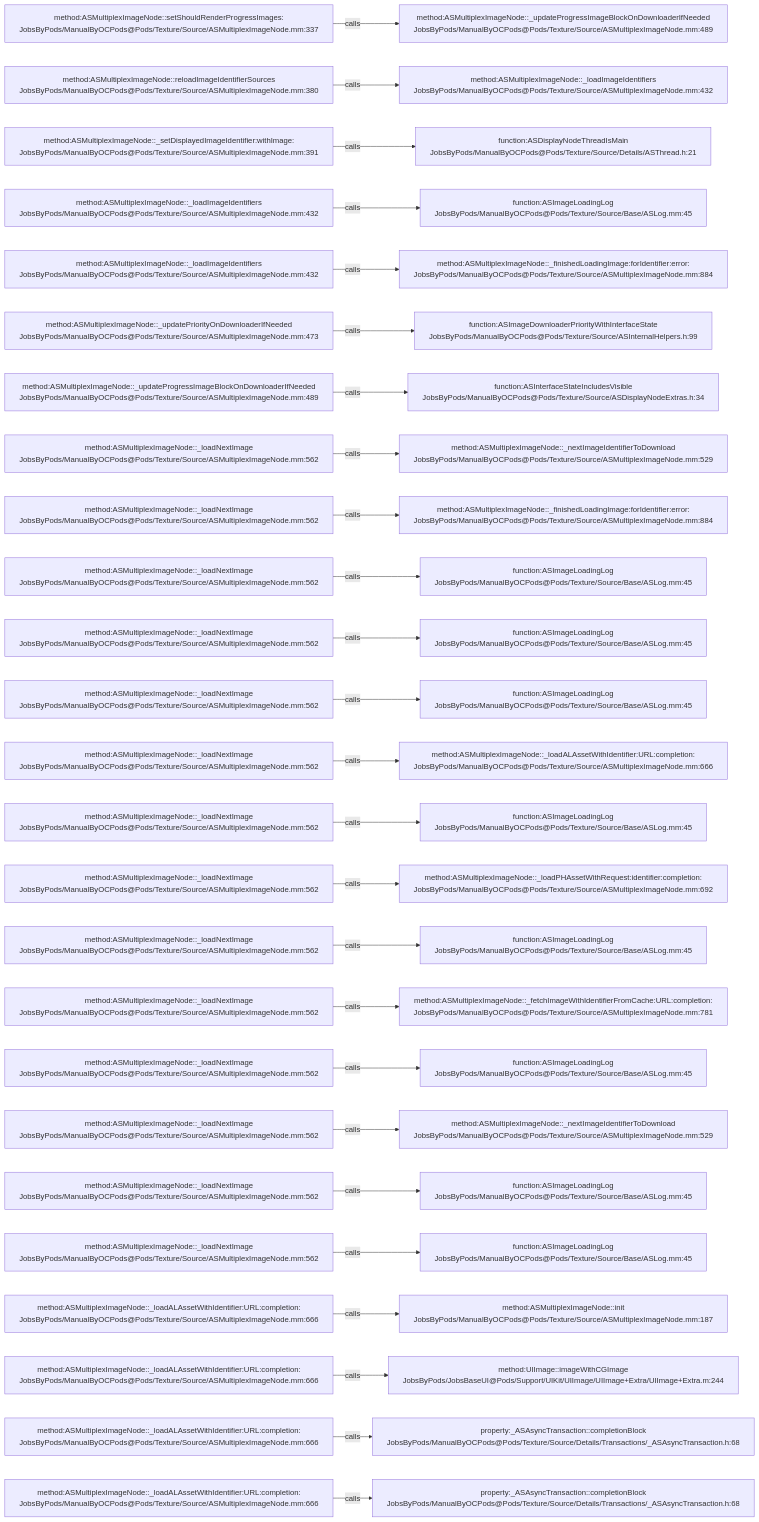
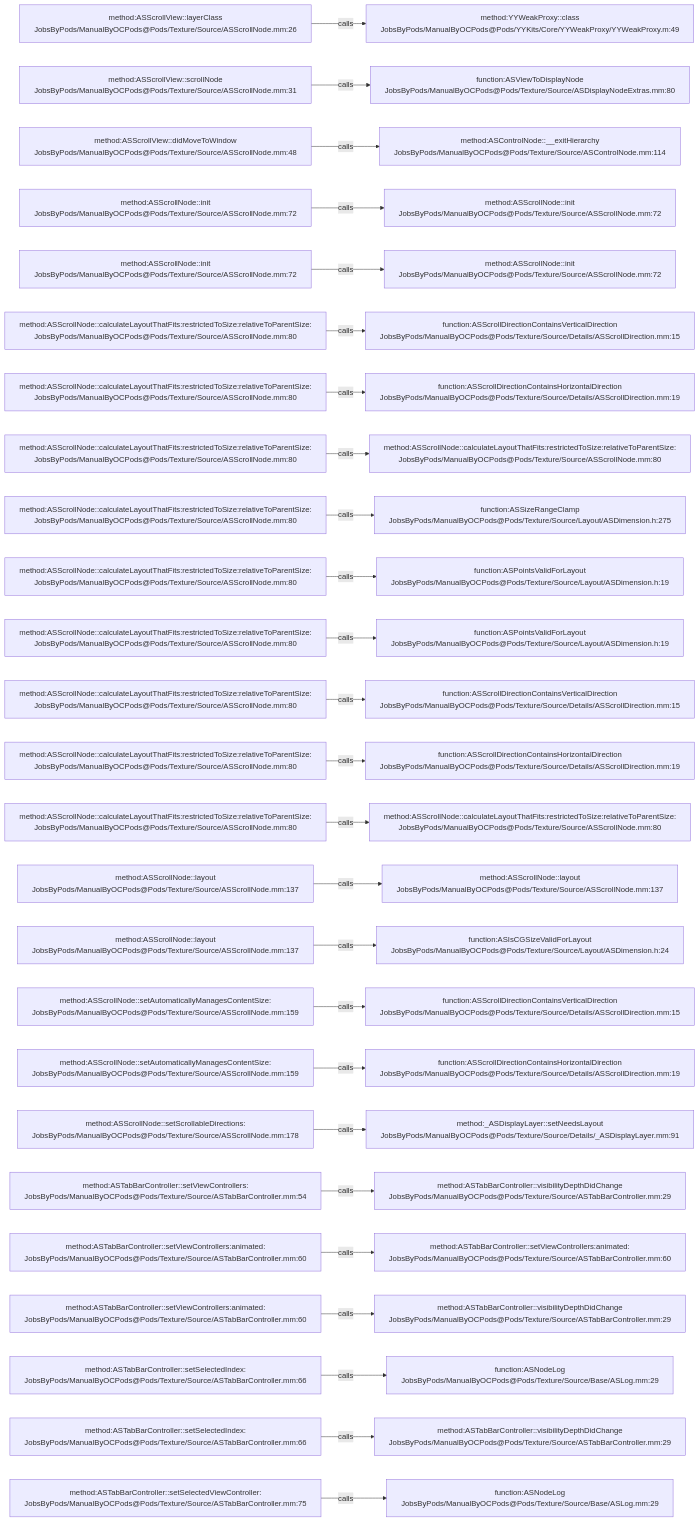
One commit to JobsKits/JobsOCBaseConfigDemo changed the diagram in .codegraph/codegraph.md/graphs/calls-123.md. Above: the diagram before and after it, drawn with Mermaid. The commit also changed 1223 other files, not shown here.

````diff
--- a/.codegraph/codegraph.md/graphs/calls-123.md
+++ b/.codegraph/codegraph.md/graphs/calls-123.md
@@ -13,78 +13,78 @@
 ```mermaid
 flowchart LR
-  S1["method:ASMultiplexImageNode::setShouldRenderProgressImages:<br/>JobsByPods/ManualByOCPods@Pods/Texture/Source/ASMultiplexImageNode.mm:337"]
-  T1["method:ASMultiplexImageNode::_updateProgressImageBlockOnDownloaderIfNeeded<br/>JobsByPods/ManualByOCPods@Pods/Texture/Source/ASMultiplexImageNode.mm:489"]
+  S1["method:ASScrollView::layerClass<br/>JobsByPods/ManualByOCPods@Pods/Texture/Source/ASScrollNode.mm:26"]
+  T1["method:YYWeakProxy::class<br/>JobsByPods/ManualByOCPods@Pods/YYKits/Core/YYWeakProxy/YYWeakProxy.m:49"]
   S1 -->|calls| T1
-  S2["method:ASMultiplexImageNode::reloadImageIdentifierSources<br/>JobsByPods/ManualByOCPods@Pods/Texture/Source/ASMultiplexImageNode.mm:380"]
-  T2["method:ASMultiplexImageNode::_loadImageIdentifiers<br/>JobsByPods/ManualByOCPods@Pods/Texture/Source/ASMultiplexImageNode.mm:432"]
+  S2["method:ASScrollView::scrollNode<br/>JobsByPods/ManualByOCPods@Pods/Texture/Source/ASScrollNode.mm:31"]
+  T2["function:ASViewToDisplayNode<br/>JobsByPods/ManualByOCPods@Pods/Texture/Source/ASDisplayNodeExtras.mm:80"]
   S2 -->|calls| T2
-  S3["method:ASMultiplexImageNode::_setDisplayedImageIdentifier:withImage:<br/>JobsByPods/ManualByOCPods@Pods/Texture/Source/ASMultiplexImageNode.mm:391"]
-  T3["function:ASDisplayNodeThreadIsMain<br/>JobsByPods/ManualByOCPods@Pods/Texture/Source/Details/ASThread.h:21"]
+  S3["method:ASScrollView::didMoveToWindow<br/>JobsByPods/ManualByOCPods@Pods/Texture/Source/ASScrollNode.mm:48"]
+  T3["method:ASControlNode::__exitHierarchy<br/>JobsByPods/ManualByOCPods@Pods/Texture/Source/ASControlNode.mm:114"]
   S3 -->|calls| T3
-  S4["method:ASMultiplexImageNode::_loadImageIdentifiers<br/>JobsByPods/ManualByOCPods@Pods/Texture/Source/ASMultiplexImageNode.mm:432"]
-  T4["function:ASImageLoadingLog<br/>JobsByPods/ManualByOCPods@Pods/Texture/Source/Base/ASLog.mm:45"]
+  S4["method:ASScrollNode::init<br/>JobsByPods/ManualByOCPods@Pods/Texture/Source/ASScrollNode.mm:72"]
+  T4["method:ASScrollNode::init<br/>JobsByPods/ManualByOCPods@Pods/Texture/Source/ASScrollNode.mm:72"]
   S4 -->|calls| T4
-  S5["method:ASMultiplexImageNode::_loadImageIdentifiers<br/>JobsByPods/ManualByOCPods@Pods/Texture/Source/ASMultiplexImageNode.mm:432"]
-  T5["method:ASMultiplexImageNode::_finishedLoadingImage:forIdentifier:error:<br/>JobsByPods/ManualByOCPods@Pods/Texture/Source/ASMultiplexImageNode.mm:884"]
+  S5["method:ASScrollNode::init<br/>JobsByPods/ManualByOCPods@Pods/Texture/Source/ASScrollNode.mm:72"]
+  T5["method:ASScrollNode::init<br/>JobsByPods/ManualByOCPods@Pods/Texture/Source/ASScrollNode.mm:72"]
   S5 -->|calls| T5
-  S6["method:ASMultiplexImageNode::_updatePriorityOnDownloaderIfNeeded<br/>JobsByPods/ManualByOCPods@Pods/Texture/Source/ASMultiplexImageNode.mm:473"]
-  T6["function:ASImageDownloaderPriorityWithInterfaceState<br/>JobsByPods/ManualByOCPods@Pods/Texture/Source/ASInternalHelpers.h:99"]
+  S6["method:ASScrollNode::calculateLayoutThatFits:restrictedToSize:relativeToParentSize:<br/>JobsByPods/ManualByOCPods@Pods/Texture/Source/ASScrollNode.mm:80"]
+  T6["function:ASScrollDirectionContainsVerticalDirection<br/>JobsByPods/ManualByOCPods@Pods/Texture/Source/Details/ASScrollDirection.mm:15"]
   S6 -->|calls| T6
-  S7["method:ASMultiplexImageNode::_updateProgressImageBlockOnDownloaderIfNeeded<br/>JobsByPods/ManualByOCPods@Pods/Texture/Source/ASMultiplexImageNode.mm:489"]
-  T7["function:ASInterfaceStateIncludesVisible<br/>JobsByPods/ManualByOCPods@Pods/Texture/Source/ASDisplayNodeExtras.h:34"]
+  S7["method:ASScrollNode::calculateLayoutThatFits:restrictedToSize:relativeToParentSize:<br/>JobsByPods/ManualByOCPods@Pods/Texture/Source/ASScrollNode.mm:80"]
+  T7["function:ASScrollDirectionContainsHorizontalDirection<br/>JobsByPods/ManualByOCPods@Pods/Texture/Source/Details/ASScrollDirection.mm:19"]
   S7 -->|calls| T7
-  S8["method:ASMultiplexImageNode::_loadNextImage<br/>JobsByPods/ManualByOCPods@Pods/Texture/Source/ASMultiplexImageNode.mm:562"]
-  T8["method:ASMultiplexImageNode::_nextImageIdentifierToDownload<br/>JobsByPods/ManualByOCPods@Pods/Texture/Source/ASMultiplexImageNode.mm:529"]
+  S8["method:ASScrollNode::calculateLayoutThatFits:restrictedToSize:relativeToParentSize:<br/>JobsByPods/ManualByOCPods@Pods/Texture/Source/ASScrollNode.mm:80"]
+  T8["method:ASScrollNode::calculateLayoutThatFits:restrictedToSize:relativeToParentSize:<br/>JobsByPods/ManualByOCPods@Pods/Texture/Source/ASScrollNode.mm:80"]
   S8 -->|calls| T8
-  S9["method:ASMultiplexImageNode::_loadNextImage<br/>JobsByPods/ManualByOCPods@Pods/Texture/Source/ASMultiplexImageNode.mm:562"]
-  T9["method:ASMultiplexImageNode::_finishedLoadingImage:forIdentifier:error:<br/>JobsByPods/ManualByOCPods@Pods/Texture/Source/ASMultiplexImageNode.mm:884"]
+  S9["method:ASScrollNode::calculateLayoutThatFits:restrictedToSize:relativeToParentSize:<br/>JobsByPods/ManualByOCPods@Pods/Texture/Source/ASScrollNode.mm:80"]
+  T9["function:ASSizeRangeClamp<br/>JobsByPods/ManualByOCPods@Pods/Texture/Source/Layout/ASDimension.h:275"]
   S9 -->|calls| T9
-  S10["method:ASMultiplexImageNode::_loadNextImage<br/>JobsByPods/ManualByOCPods@Pods/Texture/Source/ASMultiplexImageNode.mm:562"]
-  T10["function:ASImageLoadingLog<br/>JobsByPods/ManualByOCPods@Pods/Texture/Source/Base/ASLog.mm:45"]
+  S10["method:ASScrollNode::calculateLayoutThatFits:restrictedToSize:relativeToParentSize:<br/>JobsByPods/ManualByOCPods@Pods/Texture/Source/ASScrollNode.mm:80"]
+  T10["function:ASPointsValidForLayout<br/>JobsByPods/ManualByOCPods@Pods/Texture/Source/Layout/ASDimension.h:19"]
   S10 -->|calls| T10
-  S11["method:ASMultiplexImageNode::_loadNextImage<br/>JobsByPods/ManualByOCPods@Pods/Texture/Source/ASMultiplexImageNode.mm:562"]
-  T11["function:ASImageLoadingLog<br/>JobsByPods/ManualByOCPods@Pods/Texture/Source/Base/ASLog.mm:45"]
+  S11["method:ASScrollNode::calculateLayoutThatFits:restrictedToSize:relativeToParentSize:<br/>JobsByPods/ManualByOCPods@Pods/Texture/Source/ASScrollNode.mm:80"]
+  T11["function:ASPointsValidForLayout<br/>JobsByPods/ManualByOCPods@Pods/Texture/Source/Layout/ASDimension.h:19"]
   S11 -->|calls| T11
-  S12["method:ASMultiplexImageNode::_loadNextImage<br/>JobsByPods/ManualByOCPods@Pods/Texture/Source/ASMultiplexImageNode.mm:562"]
-  T12["function:ASImageLoadingLog<br/>JobsByPods/ManualByOCPods@Pods/Texture/Source/Base/ASLog.mm:45"]
+  S12["method:ASScrollNode::calculateLayoutThatFits:restrictedToSize:relativeToParentSize:<br/>JobsByPods/ManualByOCPods@Pods/Texture/Source/ASScrollNode.mm:80"]
+  T12["function:ASScrollDirectionContainsVerticalDirection<br/>JobsByPods/ManualByOCPods@Pods/Texture/Source/Details/ASScrollDirection.mm:15"]
   S12 -->|calls| T12
-  S13["method:ASMultiplexImageNode::_loadNextImage<br/>JobsByPods/ManualByOCPods@Pods/Texture/Source/ASMultiplexImageNode.mm:562"]
-  T13["method:ASMultiplexImageNode::_loadALAssetWithIdentifier:URL:completion:<br/>JobsByPods/ManualByOCPods@Pods/Texture/Source/ASMultiplexImageNode.mm:666"]
+  S13["method:ASScrollNode::calculateLayoutThatFits:restrictedToSize:relativeToParentSize:<br/>JobsByPods/ManualByOCPods@Pods/Texture/Source/ASScrollNode.mm:80"]
+  T13["function:ASScrollDirectionContainsHorizontalDirection<br/>JobsByPods/ManualByOCPods@Pods/Texture/Source/Details/ASScrollDirection.mm:19"]
   S13 -->|calls| T13
-  S14["method:ASMultiplexImageNode::_loadNextImage<br/>JobsByPods/ManualByOCPods@Pods/Texture/Source/ASMultiplexImageNode.mm:562"]
-  T14["function:ASImageLoadingLog<br/>JobsByPods/ManualByOCPods@Pods/Texture/Source/Base/ASLog.mm:45"]
+  S14["method:ASScrollNode::calculateLayoutThatFits:restrictedToSize:relativeToParentSize:<br/>JobsByPods/ManualByOCPods@Pods/Texture/Source/ASScrollNode.mm:80"]
+  T14["method:ASScrollNode::calculateLayoutThatFits:restrictedToSize:relativeToParentSize:<br/>JobsByPods/ManualByOCPods@Pods/Texture/Source/ASScrollNode.mm:80"]
   S14 -->|calls| T14
-  S15["method:ASMultiplexImageNode::_loadNextImage<br/>JobsByPods/ManualByOCPods@Pods/Texture/Source/ASMultiplexImageNode.mm:562"]
-  T15["method:ASMultiplexImageNode::_loadPHAssetWithRequest:identifier:completion:<br/>JobsByPods/ManualByOCPods@Pods/Texture/Source/ASMultiplexImageNode.mm:692"]
+  S15["method:ASScrollNode::layout<br/>JobsByPods/ManualByOCPods@Pods/Texture/Source/ASScrollNode.mm:137"]
+  T15["method:ASScrollNode::layout<br/>JobsByPods/ManualByOCPods@Pods/Texture/Source/ASScrollNode.mm:137"]
   S15 -->|calls| T15
-  S16["method:ASMultiplexImageNode::_loadNextImage<br/>JobsByPods/ManualByOCPods@Pods/Texture/Source/ASMultiplexImageNode.mm:562"]
-  T16["function:ASImageLoadingLog<br/>JobsByPods/ManualByOCPods@Pods/Texture/Source/Base/ASLog.mm:45"]
+  S16["method:ASScrollNode::layout<br/>JobsByPods/ManualByOCPods@Pods/Texture/Source/ASScrollNode.mm:137"]
+  T16["function:ASIsCGSizeValidForLayout<br/>JobsByPods/ManualByOCPods@Pods/Texture/Source/Layout/ASDimension.h:24"]
   S16 -->|calls| T16
-  S17["method:ASMultiplexImageNode::_loadNextImage<br/>JobsByPods/ManualByOCPods@Pods/Texture/Source/ASMultiplexImageNode.mm:562"]
-  T17["method:ASMultiplexImageNode::_fetchImageWithIdentifierFromCache:URL:completion:<br/>JobsByPods/ManualByOCPods@Pods/Texture/Source/ASMultiplexImageNode.mm:781"]
+  S17["method:ASScrollNode::setAutomaticallyManagesContentSize:<br/>JobsByPods/ManualByOCPods@Pods/Texture/Source/ASScrollNode.mm:159"]
+  T17["function:ASScrollDirectionContainsVerticalDirection<br/>JobsByPods/ManualByOCPods@Pods/Texture/Source/Details/ASScrollDirection.mm:15"]
   S17 -->|calls| T17
-  S18["method:ASMultiplexImageNode::_loadNextImage<br/>JobsByPods/ManualByOCPods@Pods/Texture/Source/ASMultiplexImageNode.mm:562"]
-  T18["function:ASImageLoadingLog<br/>JobsByPods/ManualByOCPods@Pods/Texture/Source/Base/ASLog.mm:45"]
+  S18["method:ASScrollNode::setAutomaticallyManagesContentSize:<br/>JobsByPods/ManualByOCPods@Pods/Texture/Source/ASScrollNode.mm:159"]
+  T18["function:ASScrollDirectionContainsHorizontalDirection<br/>JobsByPods/ManualByOCPods@Pods/Texture/Source/Details/ASScrollDirection.mm:19"]
   S18 -->|calls| T18
-  S19["method:ASMultiplexImageNode::_loadNextImage<br/>JobsByPods/ManualByOCPods@Pods/Texture/Source/ASMultiplexImageNode.mm:562"]
-  T19["method:ASMultiplexImageNode::_nextImageIdentifierToDownload<br/>JobsByPods/ManualByOCPods@Pods/Texture/Source/ASMultiplexImageNode.mm:529"]
+  S19["method:ASScrollNode::setScrollableDirections:<br/>JobsByPods/ManualByOCPods@Pods/Texture/Source/ASScrollNode.mm:178"]
+  T19["method:_ASDisplayLayer::setNeedsLayout<br/>JobsByPods/ManualByOCPods@Pods/Texture/Source/Details/_ASDisplayLayer.mm:91"]
   S19 -->|calls| T19
-  S20["method:ASMultiplexImageNode::_loadNextImage<br/>JobsByPods/ManualByOCPods@Pods/Texture/Source/ASMultiplexImageNode.mm:562"]
-  T20["function:ASImageLoadingLog<br/>JobsByPods/ManualByOCPods@Pods/Texture/Source/Base/ASLog.mm:45"]
+  S20["method:ASTabBarController::setViewControllers:<br/>JobsByPods/ManualByOCPods@Pods/Texture/Source/ASTabBarController.mm:54"]
+  T20["method:ASTabBarController::visibilityDepthDidChange<br/>JobsByPods/ManualByOCPods@Pods/Texture/Source/ASTabBarController.mm:29"]
   S20 -->|calls| T20
-  S21["method:ASMultiplexImageNode::_loadNextImage<br/>JobsByPods/ManualByOCPods@Pods/Texture/Source/ASMultiplexImageNode.mm:562"]
-  T21["function:ASImageLoadingLog<br/>JobsByPods/ManualByOCPods@Pods/Texture/Source/Base/ASLog.mm:45"]
+  S21["method:ASTabBarController::setViewControllers:animated:<br/>JobsByPods/ManualByOCPods@Pods/Texture/Source/ASTabBarController.mm:60"]
+  T21["method:ASTabBarController::setViewControllers:animated:<br/>JobsByPods/ManualByOCPods@Pods/Texture/Source/ASTabBarController.mm:60"]
   S21 -->|calls| T21
-  S22["method:ASMultiplexImageNode::_loadALAssetWithIdentifier:URL:completion:<br/>JobsByPods/ManualByOCPods@Pods/Texture/Source/ASMultiplexImageNode.mm:666"]
-  T22["method:ASMultiplexImageNode::init<br/>JobsByPods/ManualByOCPods@Pods/Texture/Source/ASMultiplexImageNode.mm:187"]
+  S22["method:ASTabBarController::setViewControllers:animated:<br/>JobsByPods/ManualByOCPods@Pods/Texture/Source/ASTabBarController.mm:60"]
+  T22["method:ASTabBarController::visibilityDepthDidChange<br/>JobsByPods/ManualByOCPods@Pods/Texture/Source/ASTabBarController.mm:29"]
   S22 -->|calls| T22
-  S23["method:ASMultiplexImageNode::_loadALAssetWithIdentifier:URL:completion:<br/>JobsByPods/ManualByOCPods@Pods/Texture/Source/ASMultiplexImageNode.mm:666"]
-  T23["method:UIImage::imageWithCGImage<br/>JobsByPods/JobsBaseUI@Pods/Support/UIKit/UIImage/UIImage+Extra/UIImage+Extra.m:244"]
+  S23["method:ASTabBarController::setSelectedIndex:<br/>JobsByPods/ManualByOCPods@Pods/Texture/Source/ASTabBarController.mm:66"]
+  T23["function:ASNodeLog<br/>JobsByPods/ManualByOCPods@Pods/Texture/Source/Base/ASLog.mm:29"]
   S23 -->|calls| T23
-  S24["method:ASMultiplexImageNode::_loadALAssetWithIdentifier:URL:completion:<br/>JobsByPods/ManualByOCPods@Pods/Texture/Source/ASMultiplexImageNode.mm:666"]
-  T24["property:_ASAsyncTransaction::completionBlock<br/>JobsByPods/ManualByOCPods@Pods/Texture/Source/Details/Transactions/_ASAsyncTransaction.h:68"]
+  S24["method:ASTabBarController::setSelectedIndex:<br/>JobsByPods/ManualByOCPods@Pods/Texture/Source/ASTabBarController.mm:66"]
+  T24["method:ASTabBarController::visibilityDepthDidChange<br/>JobsByPods/ManualByOCPods@Pods/Texture/Source/ASTabBarController.mm:29"]
   S24 -->|calls| T24
-  S25["method:ASMultiplexImageNode::_loadALAssetWithIdentifier:URL:completion:<br/>JobsByPods/ManualByOCPods@Pods/Texture/Source/ASMultiplexImageNode.mm:666"]
-  T25["property:_ASAsyncTransaction::completionBlock<br/>JobsByPods/ManualByOCPods@Pods/Texture/Source/Details/Transactions/_ASAsyncTransaction.h:68"]
+  S25["method:ASTabBarController::setSelectedViewController:<br/>JobsByPods/ManualByOCPods@Pods/Texture/Source/ASTabBarController.mm:75"]
+  T25["function:ASNodeLog<br/>JobsByPods/ManualByOCPods@Pods/Texture/Source/Base/ASLog.mm:29"]
   S25 -->|calls| T25
 ```
````
